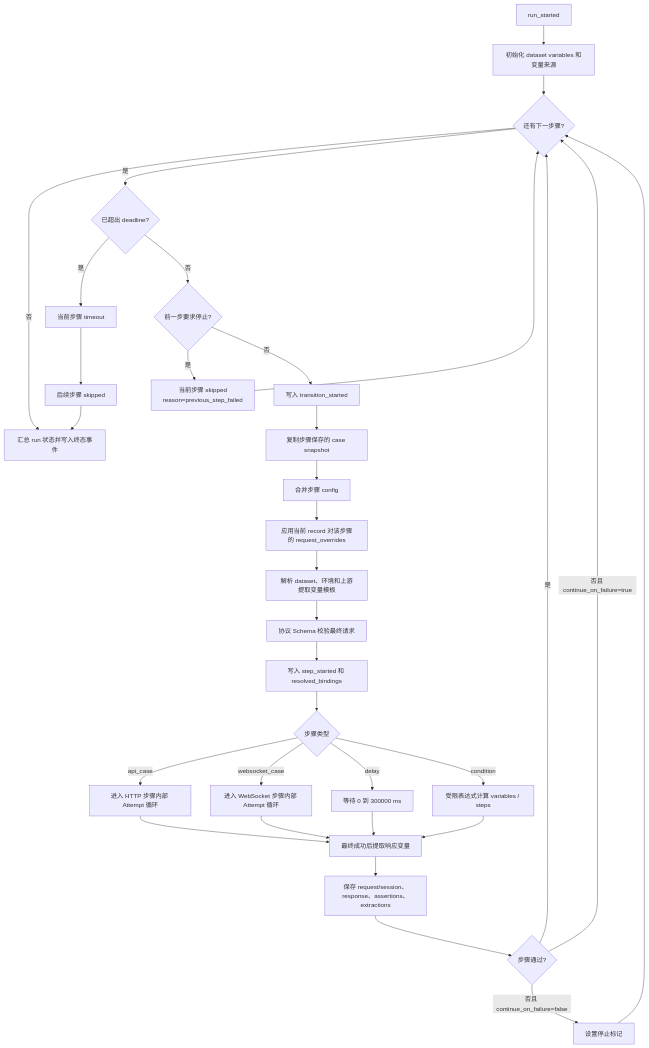
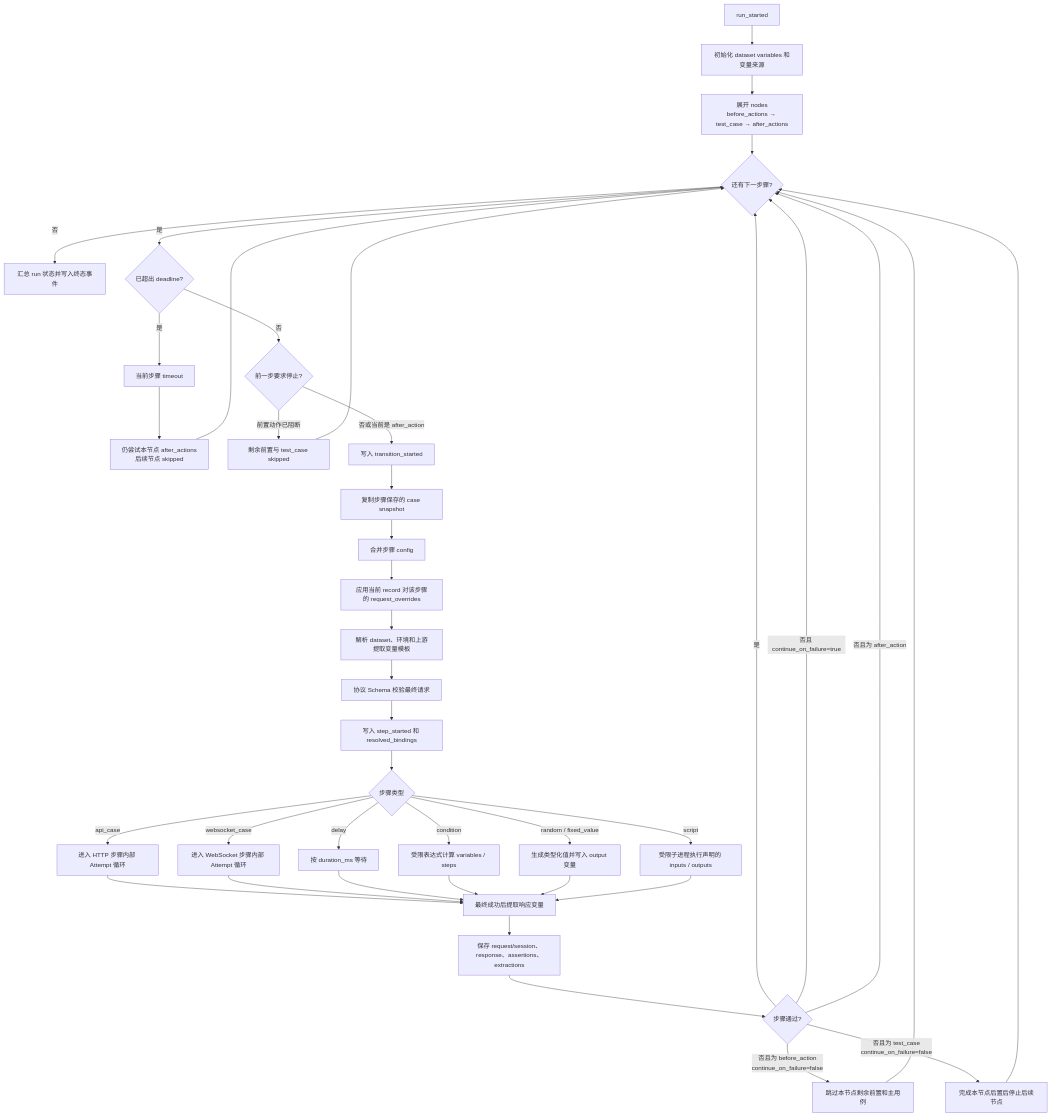
The second of 5 diagrams in docs/scenario_execution_graph.md (hl8951593-design/test_platform_backend), drawn with Mermaid before and after one commit. The commit also changed other lines of this file and 38 other files, not shown here.

````diff
--- a/docs/scenario_execution_graph.md
+++ b/docs/scenario_execution_graph.md
@@ -49,41 +49,49 @@
 ```mermaid
 flowchart TD
     A["run_started"] --> B["初始化 dataset variables 和变量来源"]
-    B --> C{"还有下一步骤?"}
+    B --> B1["展开 nodes<br/>before_actions → test_case → after_actions"]
+    B1 --> C{"还有下一步骤?"}
     C -->|"否"| Z["汇总 run 状态并写入终态事件"]
     C -->|"是"| D{"已超出 deadline?"}
 
     D -->|"是"| E["当前步骤 timeout"]
-    E --> F["后续步骤 skipped"]
-    F --> Z
+    E --> F["仍尝试本节点 after_actions<br/>后续节点 skipped"]
+    F --> C
 
     D -->|"否"| G{"前一步要求停止?"}
-    G -->|"是"| H["当前步骤 skipped<br/>reason=previous_step_failed"]
+    G -->|"前置动作已阻断"| H["剩余前置与 test_case skipped"]
     H --> C
-    G -->|"否"| I["写入 transition_started"]
+    G -->|"否或当前是 after_action"| I["写入 transition_started"]
 
     I --> J["复制步骤保存的 case snapshot"]
     J --> K["合并步骤 config"]
     K --> L["应用当前 record 对该步骤的 request_overrides"]
     L --> M["解析 dataset、环境和上游提取变量模板"]
     M --> N["协议 Schema 校验最终请求"]
     N --> O["写入 step_started 和 resolved_bindings"]
     O --> P{"步骤类型"}
 
     P -->|"api_case"| Q["进入 HTTP 步骤内部 Attempt 循环"]
     P -->|"websocket_case"| R["进入 WebSocket 步骤内部 Attempt 循环"]
-    P -->|"delay"| S["等待 0 到 300000 ms"]
+    P -->|"delay"| S["按 duration_ms 等待"]
     P -->|"condition"| T["受限表达式计算 variables / steps"]
+    P -->|"random / fixed_value"| T1["生成类型化值并写入 output 变量"]
+    P -->|"script"| T2["受限子进程执行声明的 inputs / outputs"]
 
     Q --> U["最终成功后提取响应变量"]
     R --> U
     S --> U
     T --> U
+    T1 --> U
+    T2 --> U
     U --> V["保存 request/session、response、assertions、extractions"]
     V --> W{"步骤通过?"}
 
     W -->|"是"| C
     W -->|"否且 continue_on_failure=true"| C
-    W -->|"否且 continue_on_failure=false"| X["设置停止标记"]
+    W -->|"否且为 before_action<br/>continue_on_failure=false"| X["跳过本节点剩余前置和主用例"]
+    W -->|"否且为 test_case<br/>continue_on_failure=false"| X1["完成本节点后置后停止后续节点"]
+    W -->|"否且为 after_action"| C
     X --> C
+    X1 --> C
 ```
````
